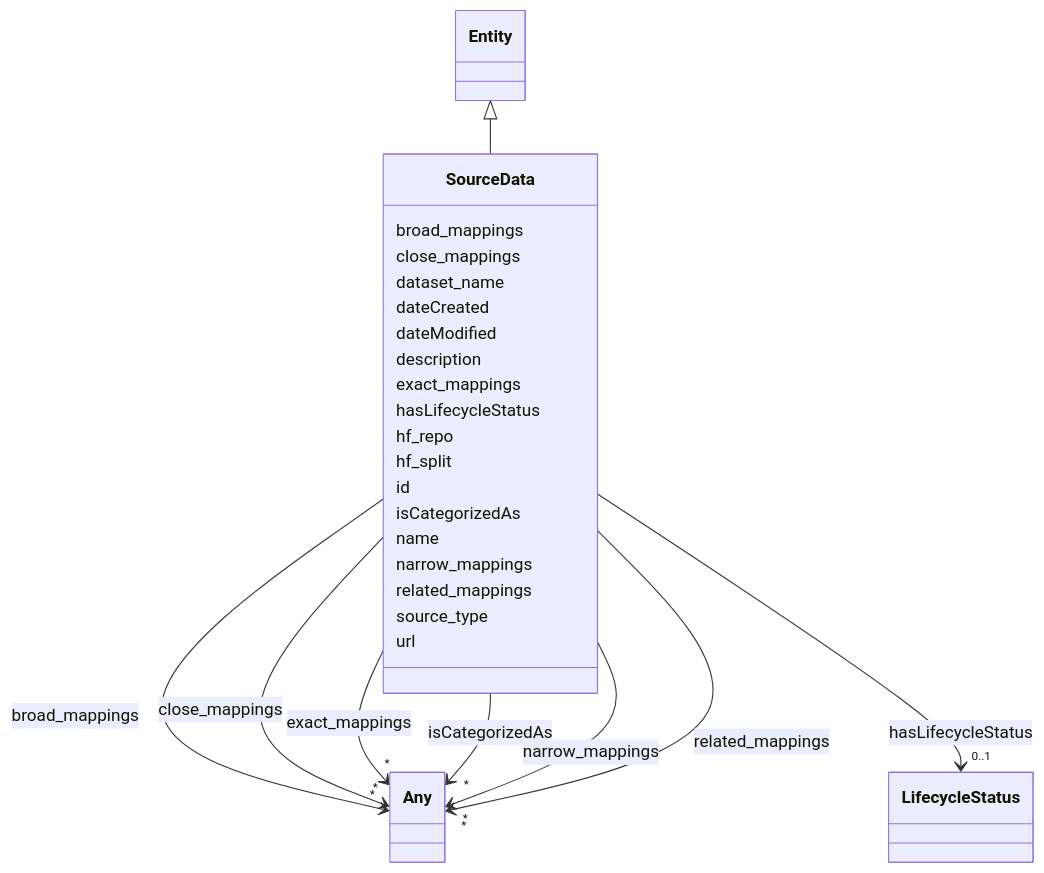
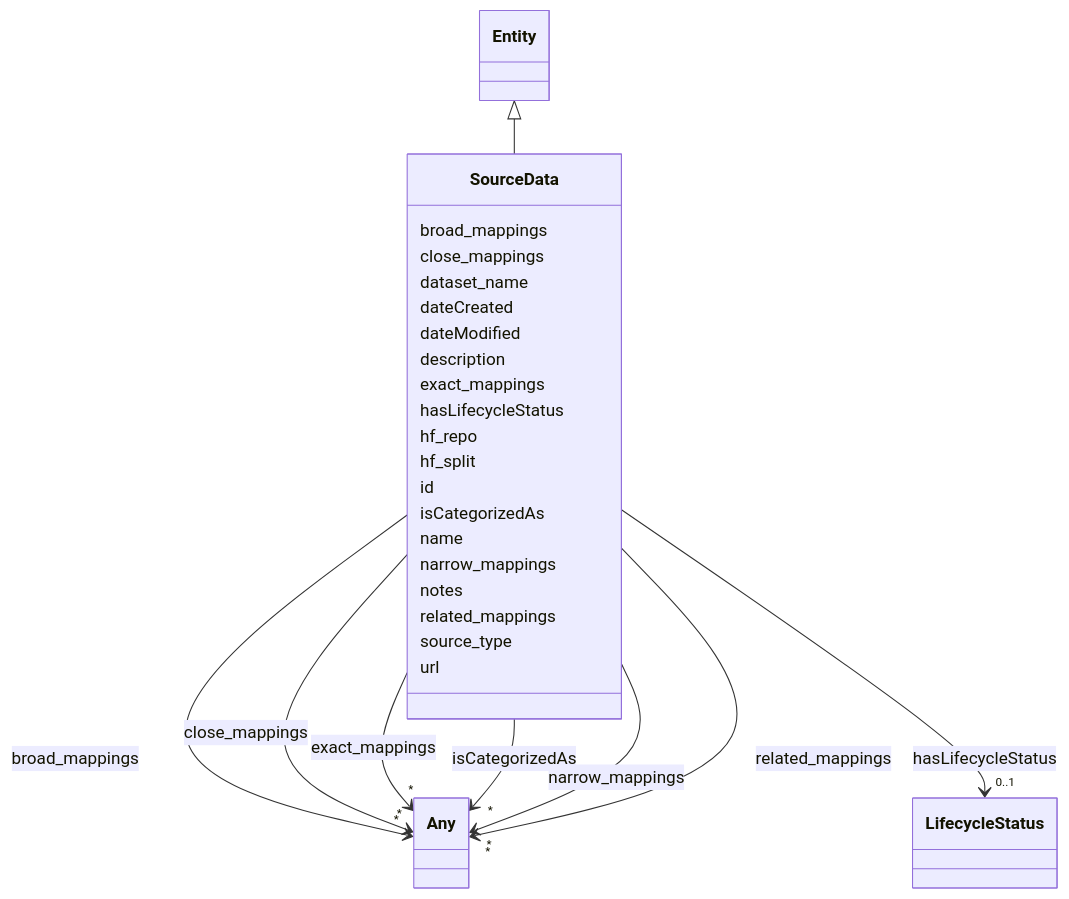
Before and after one commit to ingelise/risk-atlas-nexus: the diagram in docs/ontology/SourceData.md, drawn with Mermaid. The commit also changed other lines of this file and 318 other files, not shown here.

```diff
--- a/docs/ontology/SourceData.md
+++ b/docs/ontology/SourceData.md
@@ -100,6 +100,8 @@
 
 
 
+      SourceData : notes
+
       SourceData : related_mappings
 
 
```
